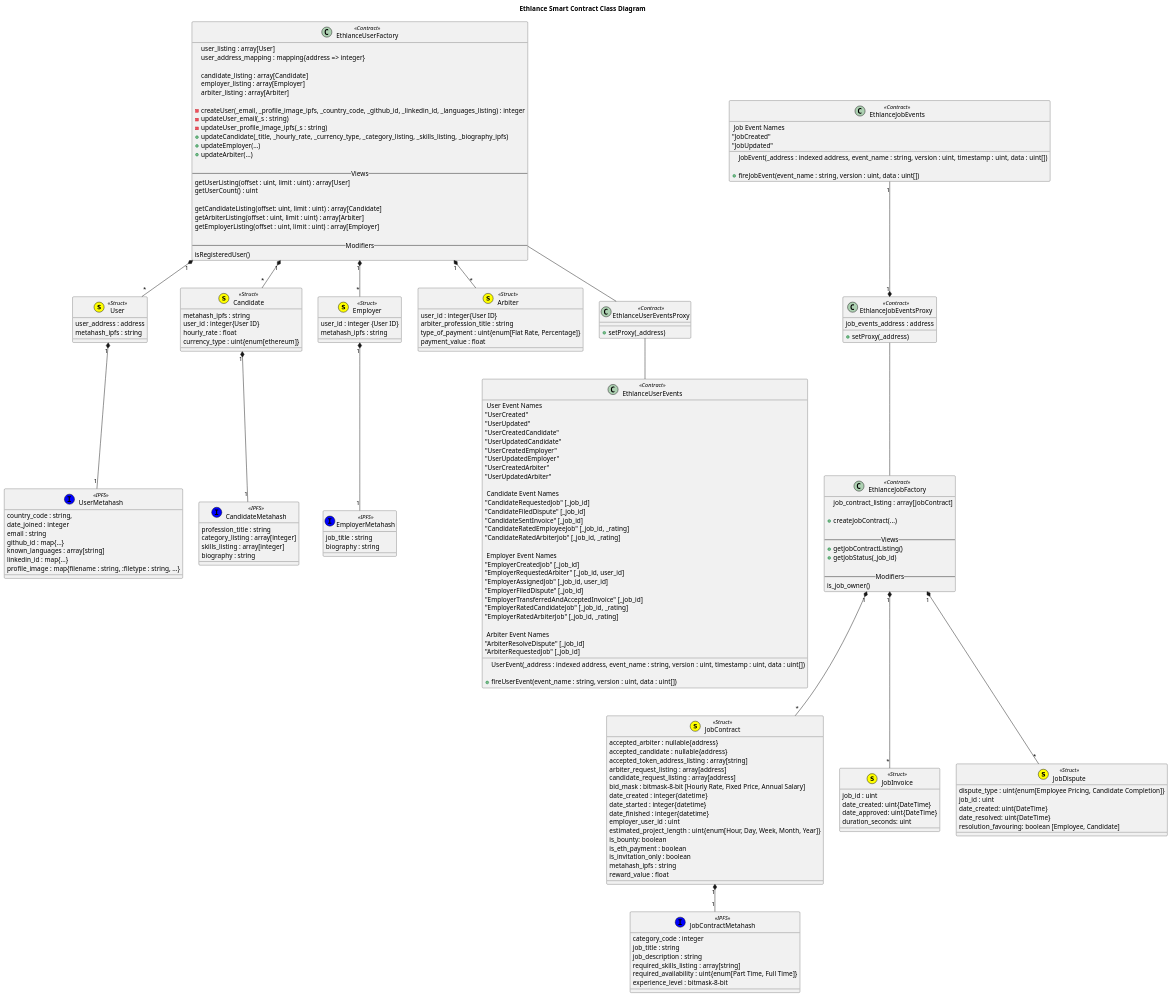
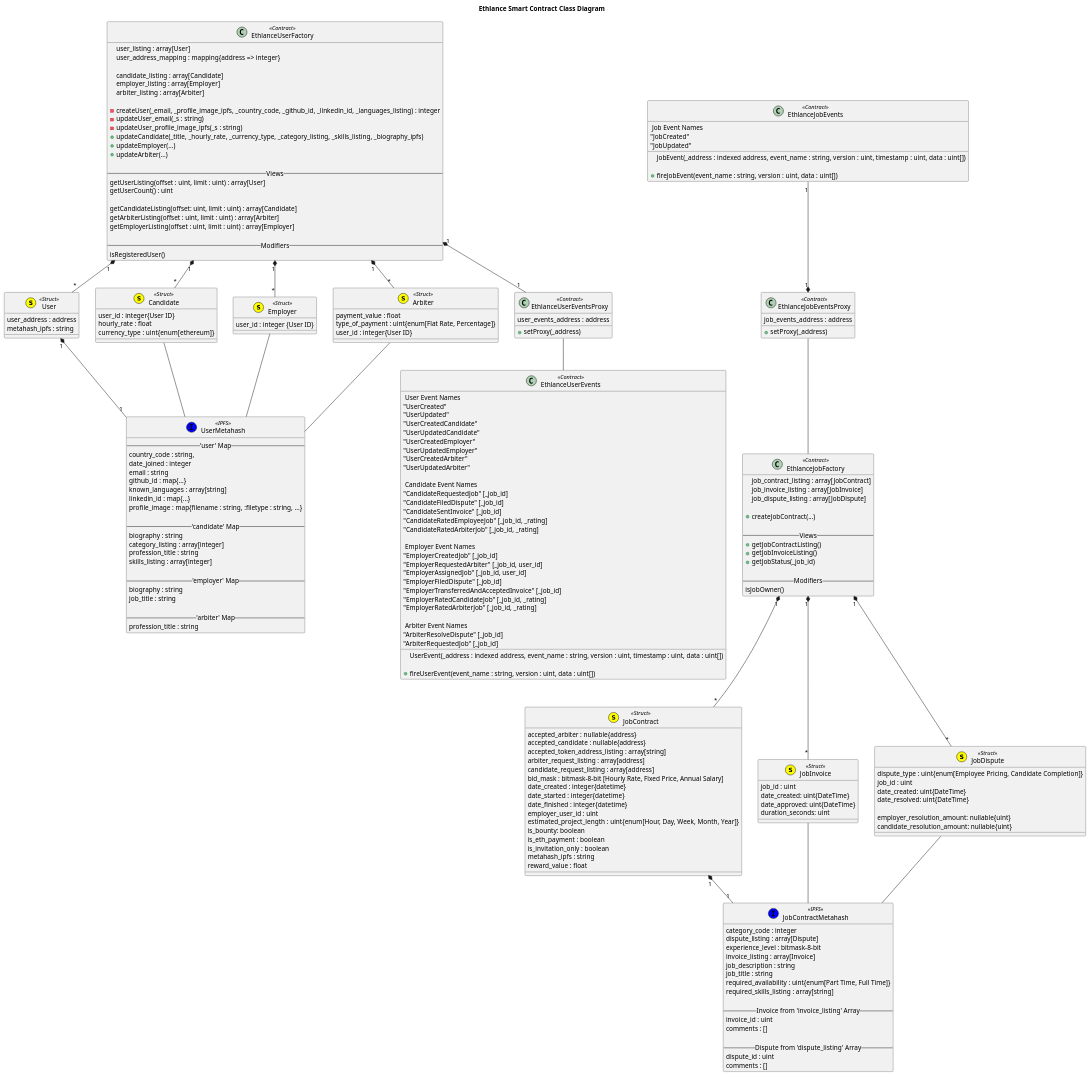
One commit to district0x/ethlance changed the diagram in docs/spec/ethlance_smart_contracts.org. Above: the diagram before and after it, drawn with PlantUML. The commit also changed other lines of this file and 1 other file, not shown here.

Commit message:
Improvements to spec draft

```diff
--- a/docs/spec/ethlance_smart_contracts.org
+++ b/docs/spec/ethlance_smart_contracts.org
@@ -64,6 +70,7 @@
   title Ethlance Smart Contract Class Diagram
 
   class UserMetahash << (I,blue) IPFS >> {
+    -- 'user' Map --
     country_code : string,
     date_joined : integer
     email : string
@@ -71,6 +78,19 @@
     known_languages : array[string]
     linkedin_id : map{...}
     profile_image : map{filename : string, :filetype : string, ...}
+
+    -- 'candidate' Map --
+    biography : string
+    category_listing : array[integer]
+    profession_title : string
+    skills_listing : array[integer]
+
+    -- 'employer' Map --
+    biography : string
+    job_title : string
+
+    -- 'arbiter' Map --
+    profession_title : string
   }
 
   User "1" *-- "1" UserMetahash
@@ -79,37 +99,23 @@
     metahash_ipfs : string
   }
 
-  class CandidateMetahash << (I,blue) IPFS >> {
-    profession_title : string
-    category_listing : array[integer]
-    skills_listing : array[integer]
-    biography : string
-  }
-
-  Candidate "1" *-- "1" CandidateMetahash
+  Candidate -- UserMetahash
   class Candidate << (s,yellow) Struct >> {
-    metahash_ipfs : string
     user_id : integer{User ID}
     hourly_rate : float
     currency_type : uint{enum[ethereum]}
   }
 
-  class EmployerMetahash << (I,blue) IPFS >> {
-    job_title : string
-    biography : string
+  Employer -- UserMetahash
+  class Employer << (s,yellow) Struct >> {
+    user_id : integer {User ID}
   }
 
-  Employer "1" *-- "1" EmployerMetahash
-  class Employer << (s,yellow) Struct >> {
-    user_id : integer {User ID}
-    metahash_ipfs : string
-  }
-
+  Arbiter -- UserMetahash
   class Arbiter << (s,yellow) Struct >> {
+    payment_value : float
+    type_of_payment : uint{enum[Flat Rate, Percentage]}
     user_id : integer{User ID}
-    arbiter_profession_title : string
-    type_of_payment : uint{enum[Flat Rate, Percentage]}
-    payment_value : float
   }
 
   EthlanceUserFactory "1" *-- "*" User
@@ -144,8 +150,9 @@
     isRegisteredUser()
   }
 
-  EthlanceUserFactory -- EthlanceUserEventsProxy
+  EthlanceUserFactory "1" *-- "1" EthlanceUserEventsProxy
   class EthlanceUserEventsProxy << Contract >> {
+    user_events_address : address
     +setProxy(_address)
   }
 
@@ -189,11 +196,21 @@
 
   class JobContractMetahash << (I,blue) IPFS >> {
     category_code : integer
+    dispute_listing : array[Dispute]
+    experience_level : bitmask-8-bit
+    invoice_listing : array[Invoice]
+    job_description : string
     job_title : string
-    job_description : string
+    required_availability : uint{enum[Part Time, Full Time]}
     required_skills_listing : array[string]
-    required_availability : uint{enum[Part Time, Full Time]}
-    experience_level : bitmask-8-bit
+
+    -- Invoice from 'invoice_listing' Array --
+    invoice_id : uint
+    comments : []
+
+    -- Dispute from 'dispute_listing' Array --
+    dispute_id : uint
+    comments : []
   }
 
   JobContract "1" *-- "1" JobContractMetahash
@@ -216,18 +233,43 @@
     reward_value : float
   }
 
+  JobInvoice -- JobContractMetahash
+  class JobInvoice << (s,yellow) Struct >> {
+    job_id : uint
+    date_created: uint{DateTime}
+    date_approved: uint{DateTime}
+    duration_seconds: uint
+  }
+
+  JobDispute -- JobContractMetahash
+  class JobDispute << (s,yellow) Struct >> {
+    dispute_type : uint{enum[Employee Pricing, Candidate Completion]}
+    job_id : uint
+    date_created: uint{DateTime}
+    date_resolved: uint{DateTime}
+    
+    employer_resolution_amount: nullable{uint}
+    candidate_resolution_amount: nullable{uint}
+  }
+
   EthlanceJobFactory "1" *-- "*" JobContract
+  EthlanceJobFactory "1" *-- "*" JobInvoice
+  EthlanceJobFactory "1" *-- "*" JobDispute
+
   class EthlanceJobFactory << Contract >> {
     job_contract_listing : array[JobContract]
+    job_invoice_listing : array[JobInvoice]
+    job_dispute_listing : array[JobDispute]
 
     +createJobContract(...)
 
     -- Views --
     +getJobContractListing()
+    +getJobInvoiceListing()
     +getJobStatus(_job_id)
 
     -- Modifiers --
-    is_job_owner()
+    isJobOwner()
   }
 
   EthlanceJobEventsProxy -- EthlanceJobFactory
@@ -248,21 +290,4 @@
     "JobUpdated"
   }
 
-  EthlanceJobFactory "1" *-- "*" JobInvoice
-  class JobInvoice << (s,yellow) Struct >> {
-    job_id : uint
-    date_created: uint{DateTime}
-    date_approved: uint{DateTime}
-    duration_seconds: uint
-  }
-
-  EthlanceJobFactory "1" *-- "*" JobDispute
-  class JobDispute << (s,yellow) Struct >> {
-    dispute_type : uint{enum[Employee Pricing, Candidate Completion]}
-    job_id : uint
-    date_created: uint{DateTime}
-    date_resolved: uint{DateTime}
-    resolution_favouring: boolean [Employee, Candidate]
-  }
-
   #+END_SRC
```
